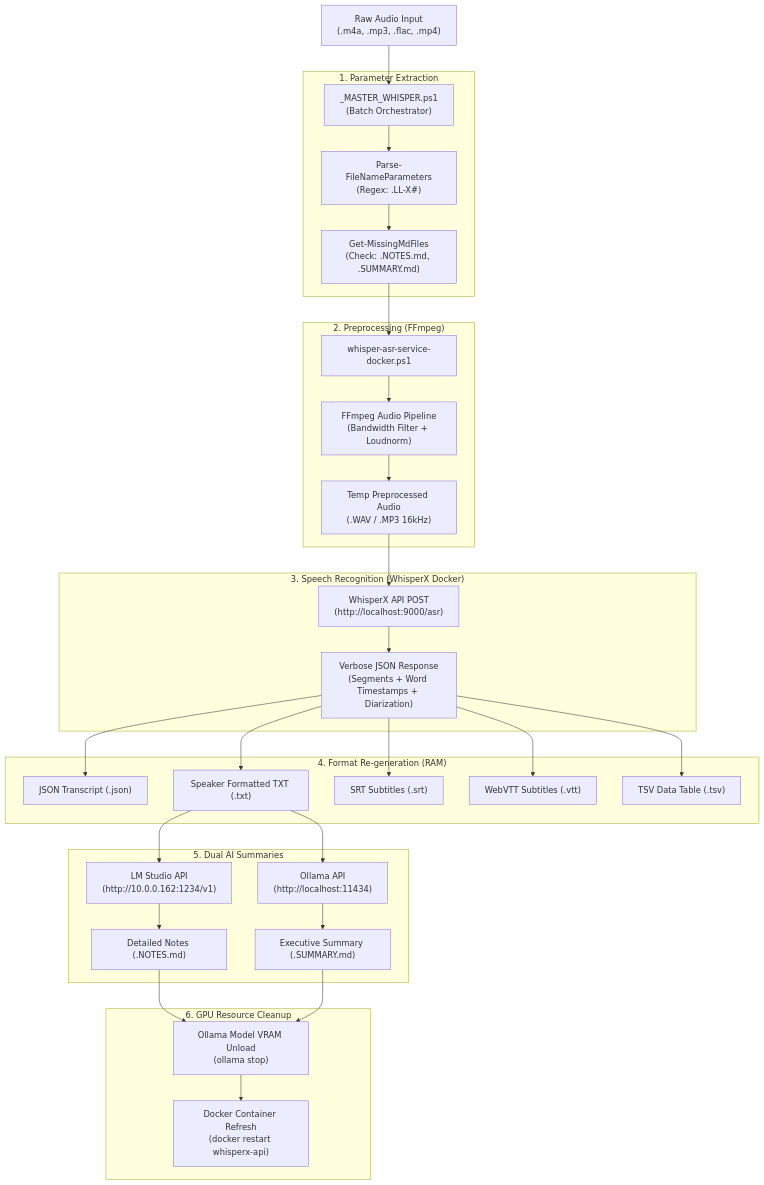
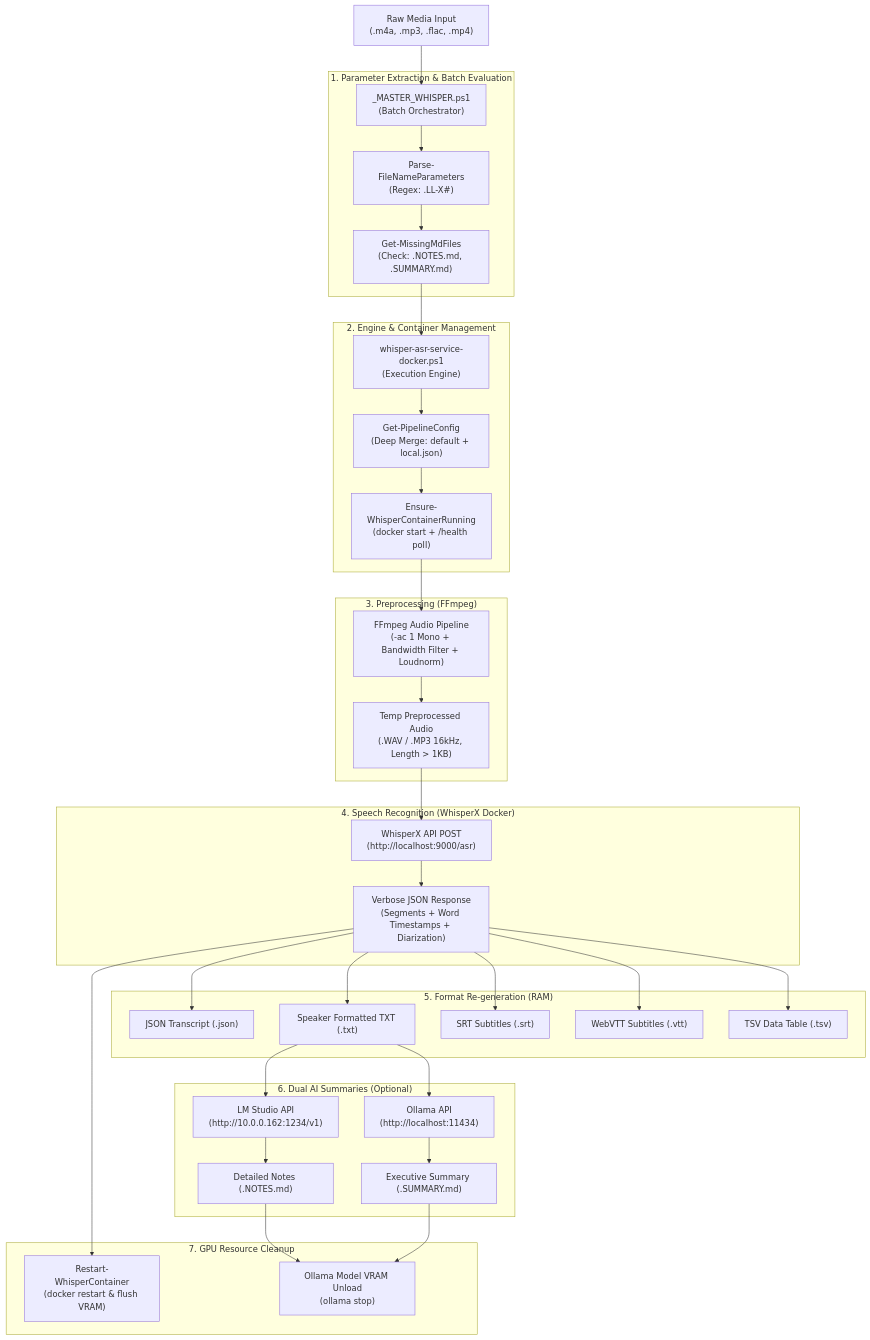
One commit to dataquo/whisper-llm-notes changed the diagram in docs/ARCHITECTURE.md. Above: the diagram before and after it, drawn with Mermaid. The commit also changed other lines of this file and 13 other files, not shown here.

````diff
--- a/docs/ARCHITECTURE.md
+++ b/docs/ARCHITECTURE.md
@@ -11,40 +11,45 @@
 ```mermaid
 flowchart TD
-    A["Raw Audio Input\n(.m4a, .mp3, .flac, .mp4)"] --> B["_MASTER_WHISPER.ps1\n(Batch Orchestrator)"]
+    A["Raw Media Input\n(.m4a, .mp3, .flac, .mp4)"] --> B["_MASTER_WHISPER.ps1\n(Batch Orchestrator)"]
     
-    subgraph ParameterExtraction["1. Parameter Extraction"]
+    subgraph ParameterExtraction["1. Parameter Extraction & Batch Evaluation"]
         B --> C["Parse-FileNameParameters\n(Regex: .LL-X#)"]
         C --> D["Get-MissingMdFiles\n(Check: .NOTES.md, .SUMMARY.md)"]
     end
     
-    subgraph AudioPreprocessing["2. Preprocessing (FFmpeg)"]
-        D --> E["whisper-asr-service-docker.ps1"]
-        E --> F["FFmpeg Audio Pipeline\n(Bandwidth Filter + Loudnorm)"]
-        F --> G["Temp Preprocessed Audio\n(.WAV / .MP3 16kHz)"]
+    subgraph EngineLifecycle["2. Engine & Container Management"]
+        D --> E["whisper-asr-service-docker.ps1\n(Execution Engine)"]
+        E --> F["Get-PipelineConfig\n(Deep Merge: default + local.json)"]
+        F --> G["Ensure-WhisperContainerRunning\n(docker start + /health poll)"]
+    end
+
+    subgraph AudioPreprocessing["3. Preprocessing (FFmpeg)"]
+        G --> H["FFmpeg Audio Pipeline\n(-ac 1 Mono + Bandwidth Filter + Loudnorm)"]
+        H --> I["Temp Preprocessed Audio\n(.WAV / .MP3 16kHz, Length > 1KB)"]
     end
     
-    subgraph ASRTranscription["3. Speech Recognition (WhisperX Docker)"]
-        G --> H["WhisperX API POST\n(http://localhost:9000/asr)"]
-        H --> I["Verbose JSON Response\n(Segments + Word Timestamps + Diarization)"]
+    subgraph ASRTranscription["4. Speech Recognition (WhisperX Docker)"]
+        I --> J["WhisperX API POST\n(http://localhost:9000/asr)"]
+        J --> K["Verbose JSON Response\n(Segments + Word Timestamps + Diarization)"]
     end
 
-    subgraph MultiFormatGeneration["4. Format Re-generation (RAM)"]
-        I --> J["JSON Transcript (.json)"]
-        I --> K["Speaker Formatted TXT (.txt)"]
-        I --> L["SRT Subtitles (.srt)"]
-        I --> M["WebVTT Subtitles (.vtt)"]
-        I --> N["TSV Data Table (.tsv)"]
+    subgraph MultiFormatGeneration["5. Format Re-generation (RAM)"]
+        K --> L["JSON Transcript (.json)"]
+        K --> M["Speaker Formatted TXT (.txt)"]
+        K --> N["SRT Subtitles (.srt)"]
+        K --> O["WebVTT Subtitles (.vtt)"]
+        K --> P["TSV Data Table (.tsv)"]
     end
 
-    subgraph AISummarization["5. Dual AI Summaries"]
-        K --> O["LM Studio API\n(http://10.0.0.162:1234/v1)"]
-        O --> P["Detailed Notes (.NOTES.md)"]
-        K --> Q["Ollama API\n(http://localhost:11434)"]
-        Q --> R["Executive Summary (.SUMMARY.md)"]
+    subgraph AISummarization["6. Dual AI Summaries (Optional)"]
+        M --> Q["LM Studio API\n(http://10.0.0.162:1234/v1)"]
+        Q --> R["Detailed Notes (.NOTES.md)"]
+        M --> S["Ollama API\n(http://localhost:11434)"]
+        S --> T["Executive Summary (.SUMMARY.md)"]
     end
 
-    subgraph ResourceOptimization["6. GPU Resource Cleanup"]
-        P & R --> S["Ollama Model VRAM Unload\n(ollama stop)"]
-        S --> T["Docker Container Refresh\n(docker restart whisperx-api)"]
+    subgraph ResourceOptimization["7. GPU Resource Cleanup"]
+        K --> U["Restart-WhisperContainer\n(docker restart & flush VRAM)"]
+        R & T --> V["Ollama Model VRAM Unload\n(ollama stop)"]
     end
 ```
````
